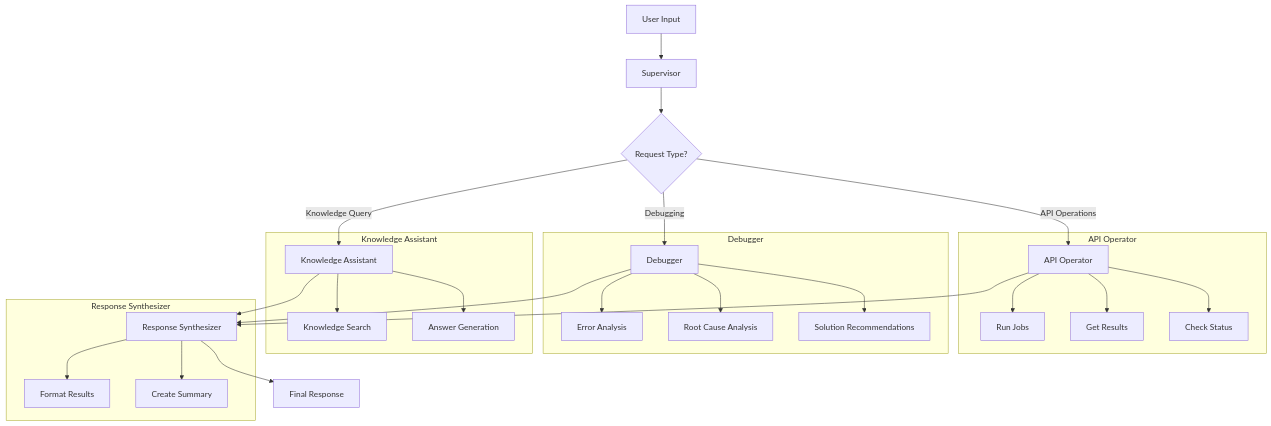
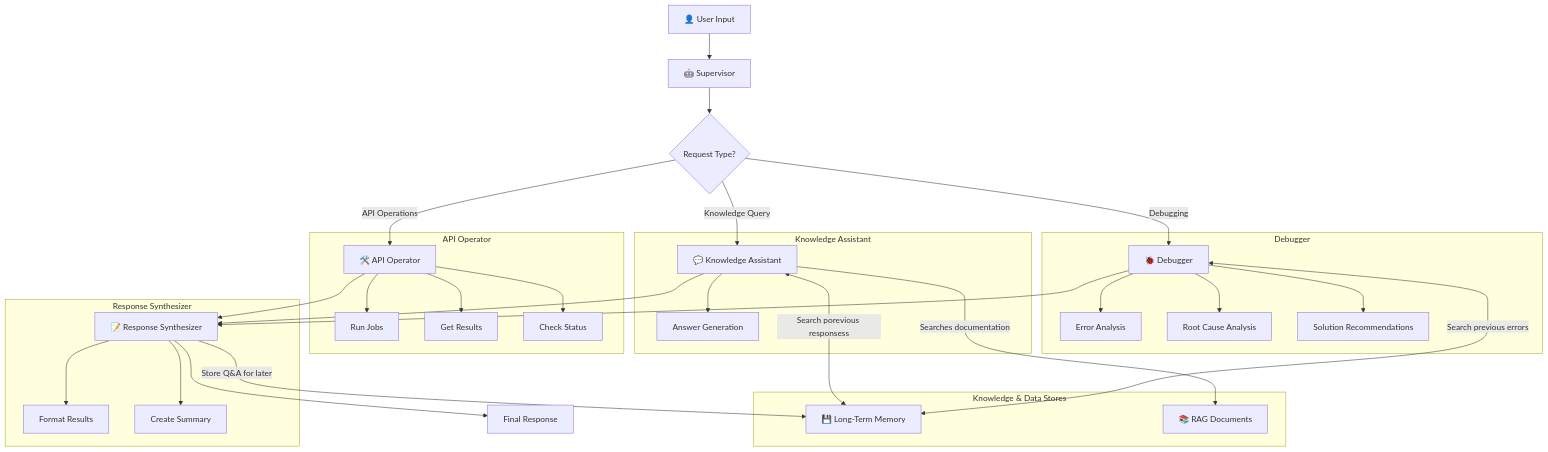
The diagram in README.md (juanje/multi-agent-api-debugger), drawn with Mermaid before and after one commit.

Commit message:
docs: updated diagram with LTM and RAG

````diff
--- a/README.md
+++ b/README.md
@@ -107,37 +107,46 @@
 ```mermaid
 graph TD
-    A[User Input] --> B[Supervisor]
+    A[👤 User Input] --> B[🤖 Supervisor]
     B --> C{Request Type?}
     
-    C -->|API Operations| D[API Operator]
-    C -->|Debugging| E[Debugger]
-    C -->|Knowledge Query| F[Knowledge Assistant]
+    C -->|API Operations| D[🛠️ API Operator]
+    C -->|Debugging| E[🐞 Debugger]
+    C -->|Knowledge Query| F[💬 Knowledge Assistant]
     
-    D --> G[Response Synthesizer]
+    D --> G[📝 Response Synthesizer]
     E --> G
     F --> G
     
     G --> H[Final Response]
     
     subgraph "API Operator"
         D --> D1[Run Jobs]
         D --> D2[Get Results]
         D --> D3[Check Status]
     end
     
     subgraph "Debugger"
         E --> E1[Error Analysis]
         E --> E2[Root Cause Analysis]
         E --> E3[Solution Recommendations]
     end
     
     subgraph "Knowledge Assistant"
-        F --> F1[Knowledge Search]
         F --> F2[Answer Generation]
     end
     
     subgraph "Response Synthesizer"
         G --> G1[Format Results]
         G --> G2[Create Summary]
     end
+
+    subgraph "Knowledge & Data Stores"
+        I1[💾 Long-Term Memory]
+        I2[📚 RAG Documents]
+    end
+
+    F -->|"Searches documentation"| I2
+    F <-->|"Search porevious responsess"| I1
+    G -->|"Store Q&A for later"| I1
+    E <-->|"Search previous errors"| I1
 ```
````
